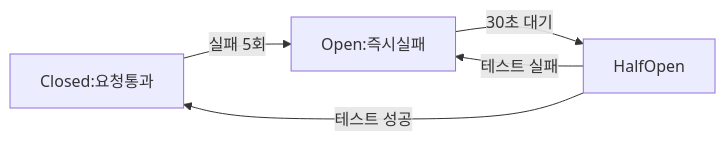
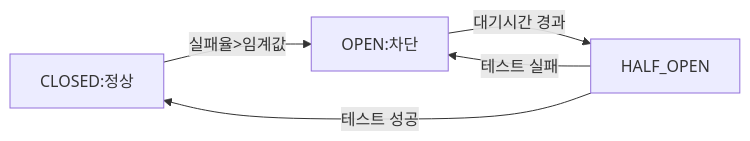
One commit to yjkim2015/yjkim2015.github.io changed the seventh of 15 diagrams in _posts/architecture/2026-05-02-msa-deep.md. Above: the diagram before and after it, drawn with Mermaid. The commit also changed other lines of this file and 4 other files, not shown here.

````diff
--- a/_posts/architecture/2026-05-02-msa-deep.md
+++ b/_posts/architecture/2026-05-02-msa-deep.md
@@ -292,7 +659,7 @@
 ```mermaid
 graph LR
-    CL["Closed:요청통과"] -->|"실패 5회"| OP["Open:즉시실패"]
-    OP -->|"30초 대기"| HO["HalfOpen"]
-    HO -->|"테스트 성공"| CL
-    HO -->|"테스트 실패"| OP
+    Closed["CLOSED:정상"] -->|실패율>임계값| Open["OPEN:차단"]
+    Open -->|대기시간 경과| Half["HALF_OPEN"]
+    Half -->|테스트 성공| Closed
+    Half -->|테스트 실패| Open
 ```
````
